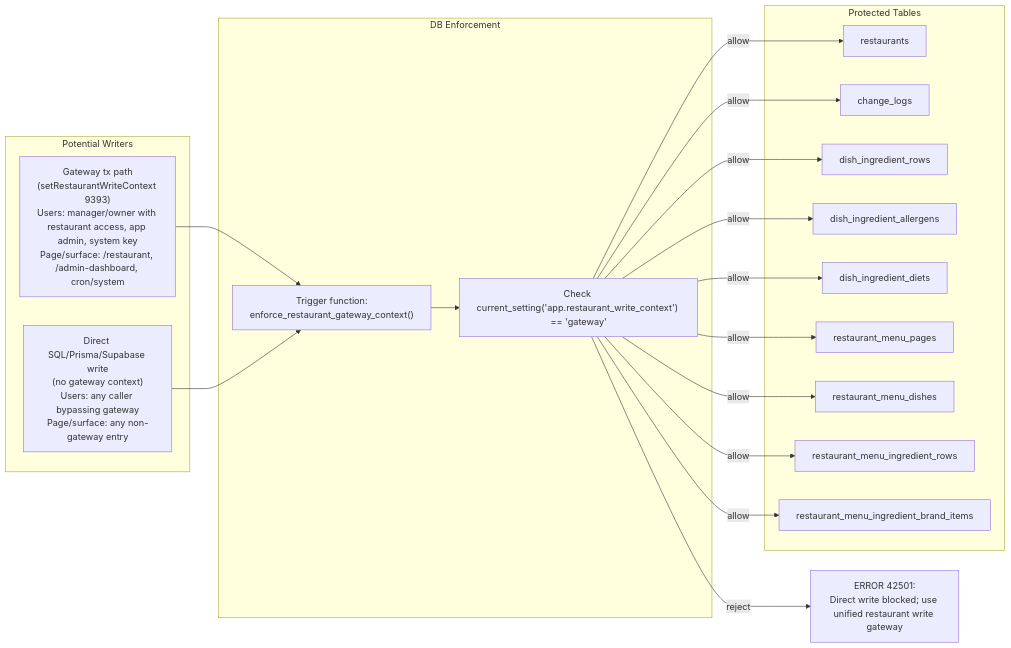
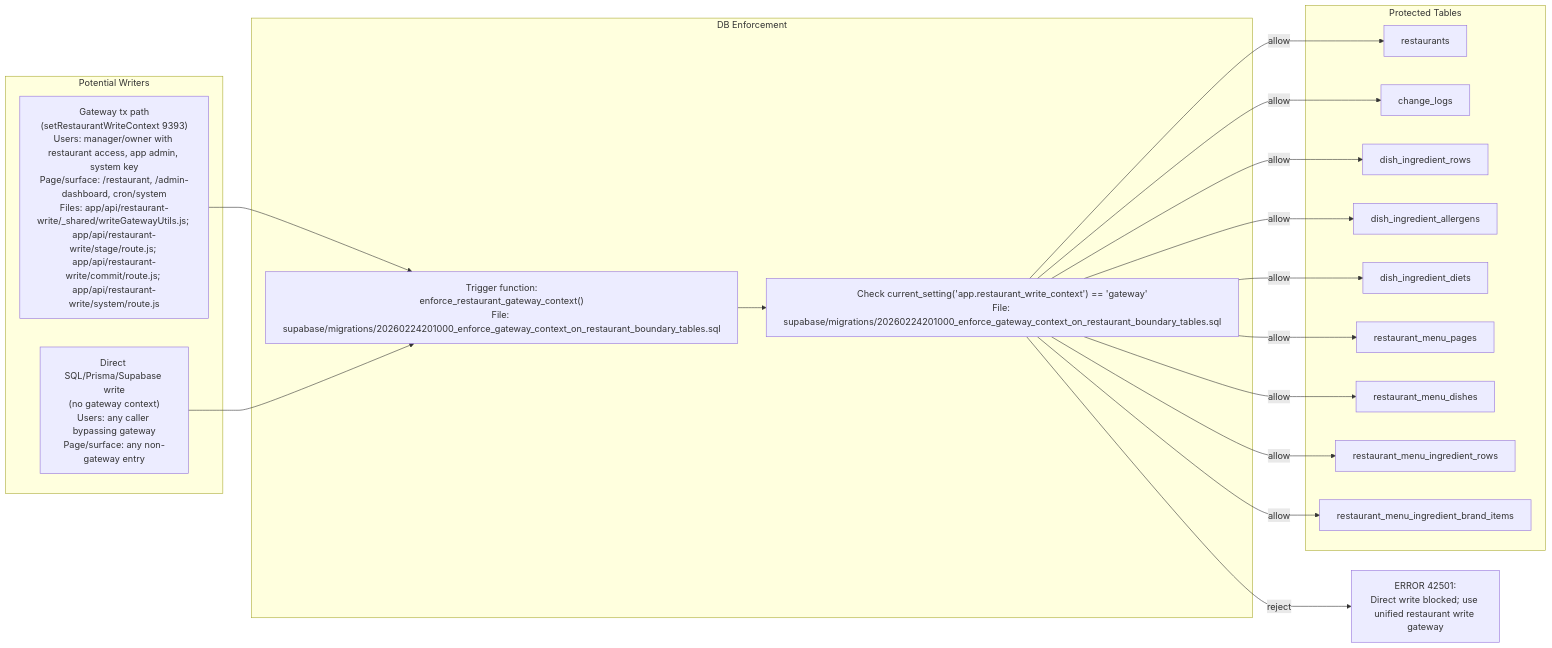
The diagram in docs/data-storage-flows/src/05-boundary-enforcement-flow.mmd (8r4qrb7kh2-lgtm/clarivore), drawn with Mermaid before and after one commit. The commit also changed 13 other files, not shown here.

Commit message:
Add zoomable flow visuals tab

```diff
--- a/docs/data-storage-flows/src/05-boundary-enforcement-flow.mmd
+++ b/docs/data-storage-flows/src/05-boundary-enforcement-flow.mmd
@@ -1,35 +1,35 @@
 flowchart LR
   subgraph WRITERS["Potential Writers"]
-    W1["Gateway tx path\n(setRestaurantWriteContext 9393)\nUsers: manager/owner with restaurant access, app admin, system key\nPage/surface: /restaurant, /admin-dashboard, cron/system"]
-    W2["Direct SQL/Prisma/Supabase write\n(no gateway context)\nUsers: any caller bypassing gateway\nPage/surface: any non-gateway entry"]
+    W1["Gateway tx path<br/>(setRestaurantWriteContext 9393)<br/>Users: manager/owner with restaurant access, app admin, system key<br/>Page/surface: /restaurant, /admin-dashboard, cron/system<br/>Files: app/api/restaurant-write/_shared/writeGatewayUtils.js; app/api/restaurant-write/stage/route.js; app/api/restaurant-write/commit/route.js; app/api/restaurant-write/system/route.js"]
+    W2["Direct SQL/Prisma/Supabase write<br/>(no gateway context)<br/>Users: any caller bypassing gateway<br/>Page/surface: any non-gateway entry"]
   end
 
   subgraph ENFORCER["DB Enforcement"]
-    E1["Trigger function:\nenforce_restaurant_gateway_context()"]
-    E2["Check current_setting('app.restaurant_write_context') == 'gateway'"]
+    E1["Trigger function:<br/>enforce_restaurant_gateway_context()<br/>File: supabase/migrations/20260224201000_enforce_gateway_context_on_restaurant_boundary_tables.sql"]
+    E2["Check current_setting('app.restaurant_write_context') == 'gateway'<br/>File: supabase/migrations/20260224201000_enforce_gateway_context_on_restaurant_boundary_tables.sql"]
   end
 
   subgraph BOUNDARY["Protected Tables"]
     B1["restaurants"]
     B2["change_logs"]
     B3["dish_ingredient_rows"]
     B4["dish_ingredient_allergens"]
     B5["dish_ingredient_diets"]
     B6["restaurant_menu_pages"]
     B7["restaurant_menu_dishes"]
     B8["restaurant_menu_ingredient_rows"]
     B9["restaurant_menu_ingredient_brand_items"]
   end
 
   W1 --> E1 --> E2 -->|allow| B1
   E2 -->|allow| B2
   E2 -->|allow| B3
   E2 -->|allow| B4
   E2 -->|allow| B5
   E2 -->|allow| B6
   E2 -->|allow| B7
   E2 -->|allow| B8
   E2 -->|allow| B9
 
   W2 --> E1
-  E2 -->|reject| ERR["ERROR 42501:\nDirect write blocked; use unified restaurant write gateway"]
+  E2 -->|reject| ERR["ERROR 42501:<br/>Direct write blocked; use unified restaurant write gateway"]
```
